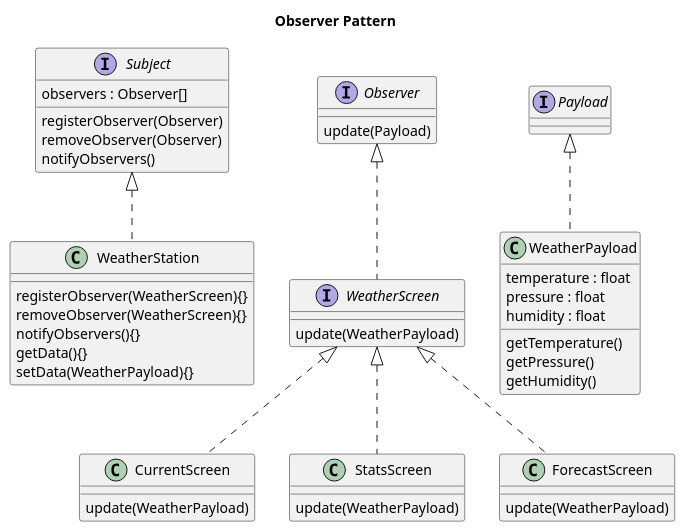
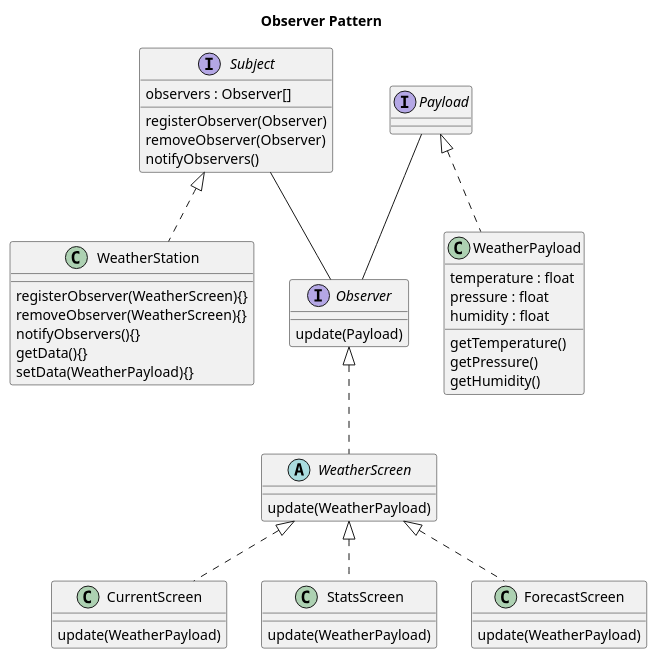
The diagram in 02_observer_pattern/README.md (alesgenova/design-patterns), drawn with PlantUML before and after one commit. The commit also changed other lines of this file and 5 other files, not shown here.

````diff
--- a/02_observer_pattern/README.md
+++ b/02_observer_pattern/README.md
@@ -9,76 +11,79 @@
 ```plantuml
 @startuml
 
 title Observer Pattern
 
 
 interface Subject{
   observers : Observer[]
   registerObserver(Observer)
   removeObserver(Observer)
   notifyObservers()
 }
 
 
 interface Observer{
   update(Payload)
 }
 
 
 interface Payload{
 
 }
 
 
 class WeatherStation{
   registerObserver(WeatherScreen){}
   removeObserver(WeatherScreen){}
   notifyObservers(){}
   getData(){}
   setData(WeatherPayload){}
 }
 
 
-interface WeatherScreen{
+Abstract WeatherScreen{
   update(WeatherPayload)
 }
 
 
 class CurrentScreen{
   update(WeatherPayload)
 }
 
 
 class StatsScreen{
   update(WeatherPayload)
 }
 
 
 class ForecastScreen{
   update(WeatherPayload)
 }
 
 
 class WeatherPayload{
   temperature : float
   pressure : float
   humidity : float
   getTemperature()
   getPressure()
   getHumidity()
 }
 
+Subject -- Observer
+
+Payload -- Observer
 
 Subject <|.. WeatherStation
 
 Observer <|.. WeatherScreen
 
 WeatherScreen <|.. CurrentScreen
 WeatherScreen <|.. StatsScreen
 WeatherScreen <|.. ForecastScreen
 
 Payload <|.. WeatherPayload
 
 
 @enduml
 ```
````
